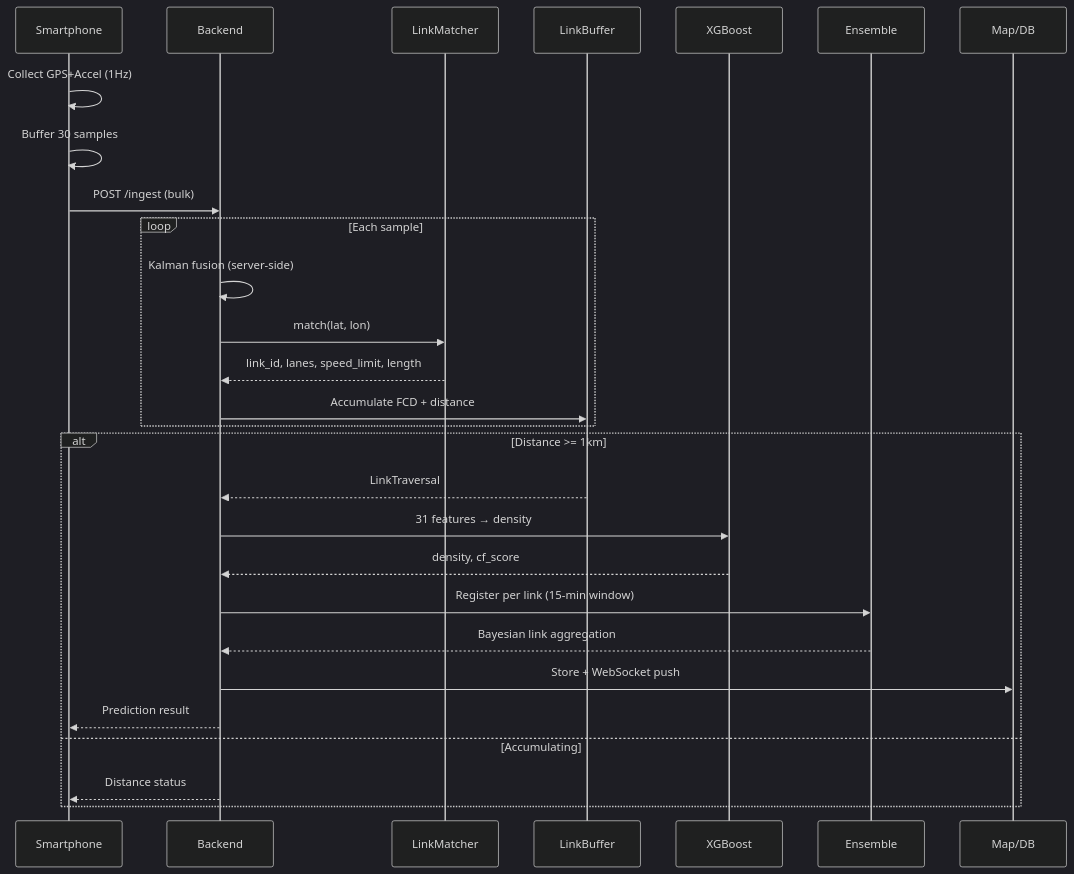
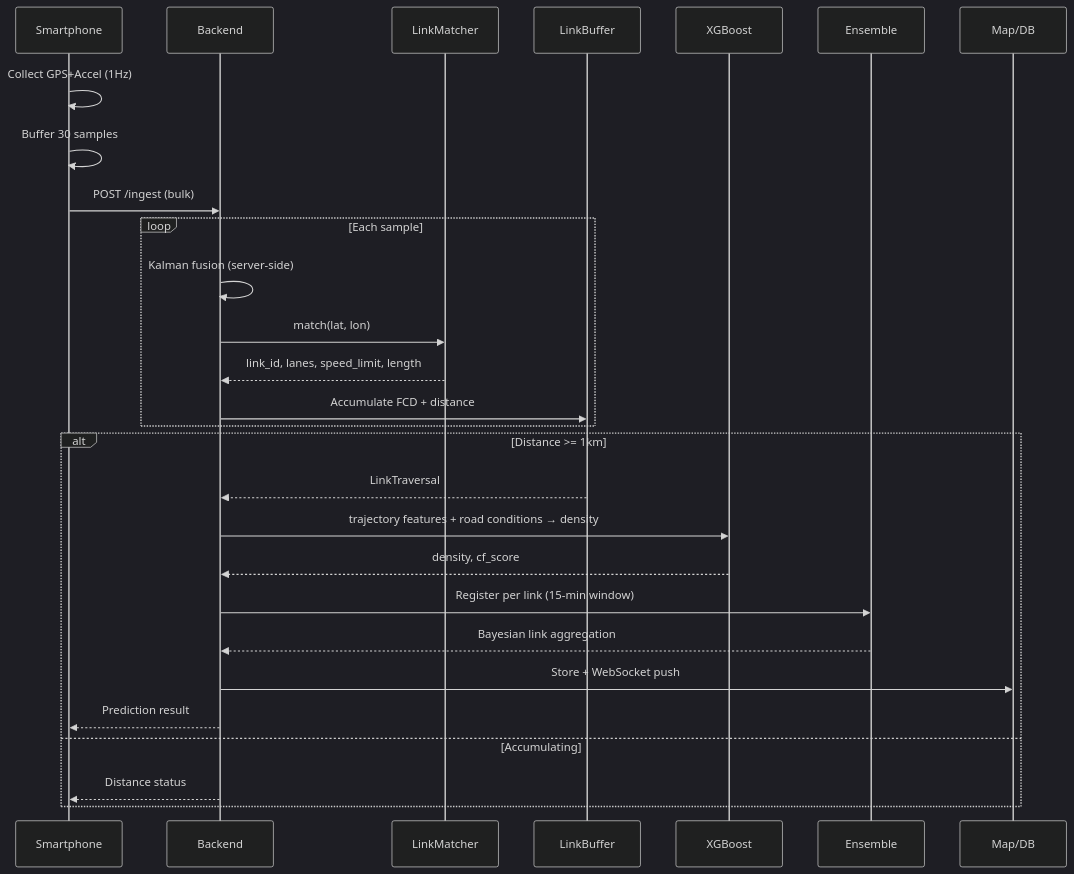
Before and after one commit to sewon-p/ml_project: the second of 4 diagrams in README.md, drawn with Mermaid (dark theme). The commit also changed other lines of this file and 1 other file, not shown here.

````diff
--- a/README.md
+++ b/README.md
@@ -91,33 +91,33 @@
 ```mermaid
 sequenceDiagram
     participant Phone as Smartphone
     participant Server as Backend
     participant GIS as LinkMatcher
     participant LB as LinkBuffer
     participant ML as XGBoost
     participant Ens as Ensemble
     participant Map as Map/DB
 
     Phone->>Phone: Collect GPS+Accel (1Hz)
     Phone->>Phone: Buffer 30 samples
     Phone->>Server: POST /ingest (bulk)
 
     loop Each sample
         Server->>Server: Kalman fusion (server-side)
         Server->>GIS: match(lat, lon)
         GIS-->>Server: link_id, lanes, speed_limit, length
         Server->>LB: Accumulate FCD + distance
     end
 
     alt Distance >= 1km
         LB-->>Server: LinkTraversal
-        Server->>ML: 31 features → density
+        Server->>ML: trajectory features + road conditions → density
         ML-->>Server: density, cf_score
         Server->>Ens: Register per link (15-min window)
         Ens-->>Server: Bayesian link aggregation
         Server->>Map: Store + WebSocket push
         Server-->>Phone: Prediction result
     else Accumulating
         Server-->>Phone: Distance status
     end
 ```
````
